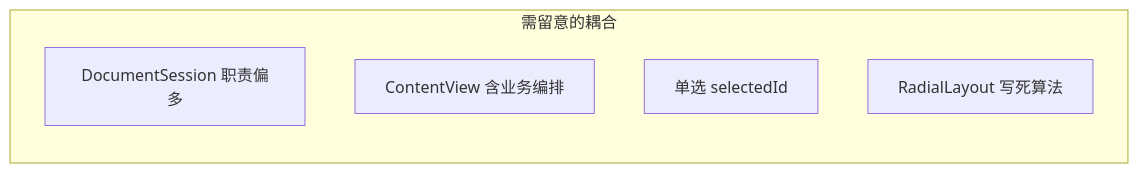
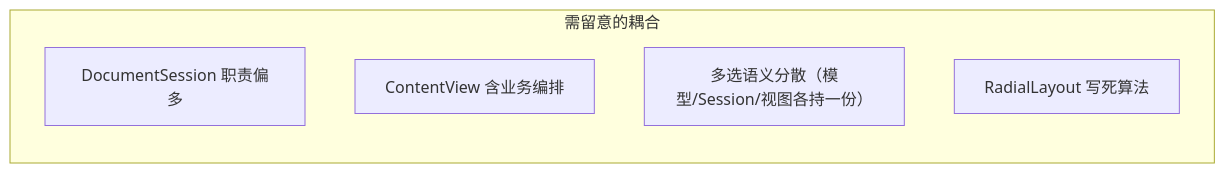
One commit to LieonShelly/Linva changed the fourth of 5 diagrams in docs/架构现状.md. Above: the diagram before and after it, drawn with Mermaid. The commit also changed other lines of this file and 2 other files, not shown here.

````diff
--- a/docs/架构现状.md
+++ b/docs/架构现状.md
@@ -223,9 +253,9 @@
 ```mermaid
 flowchart LR
   subgraph Risk["需留意的耦合"]
     DS2["DocumentSession 职责偏多"]
     CV2["ContentView 含业务编排"]
-    Sel["单选 selectedId"]
+    Sel["多选语义分散（模型/Session/视图各持一份）"]
     Lay2["RadialLayout 写死算法"]
   end
 ```
````
